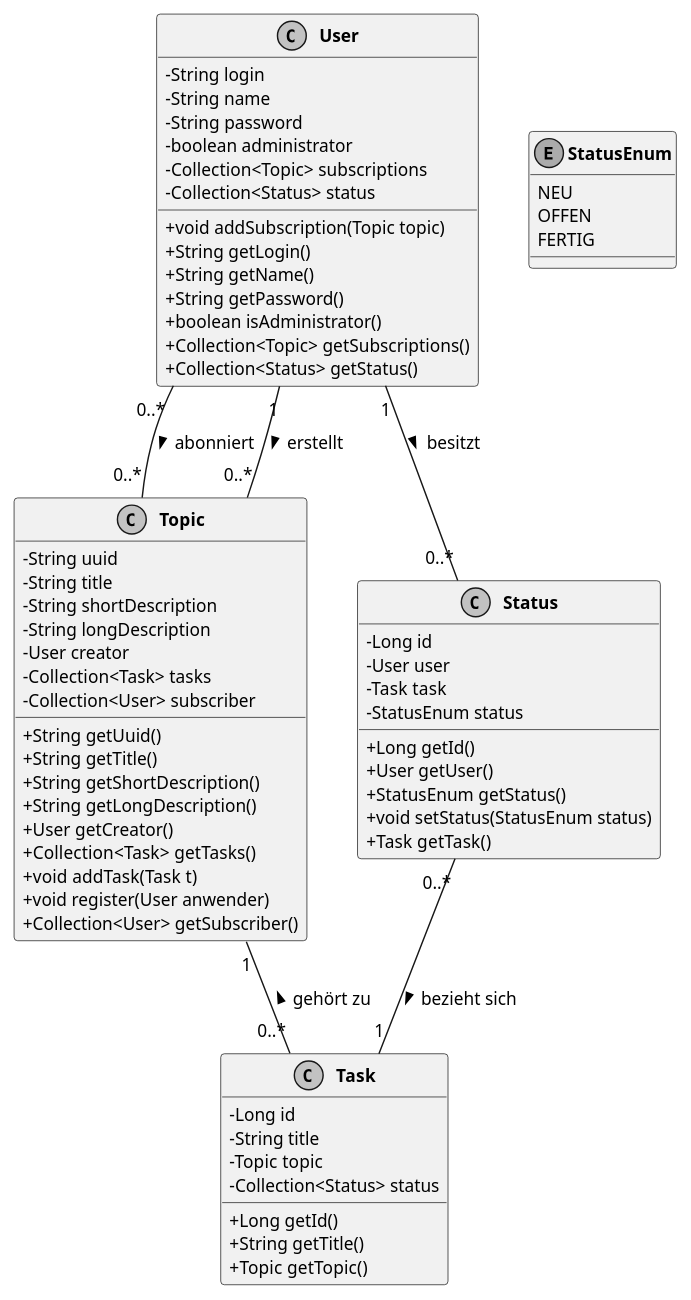
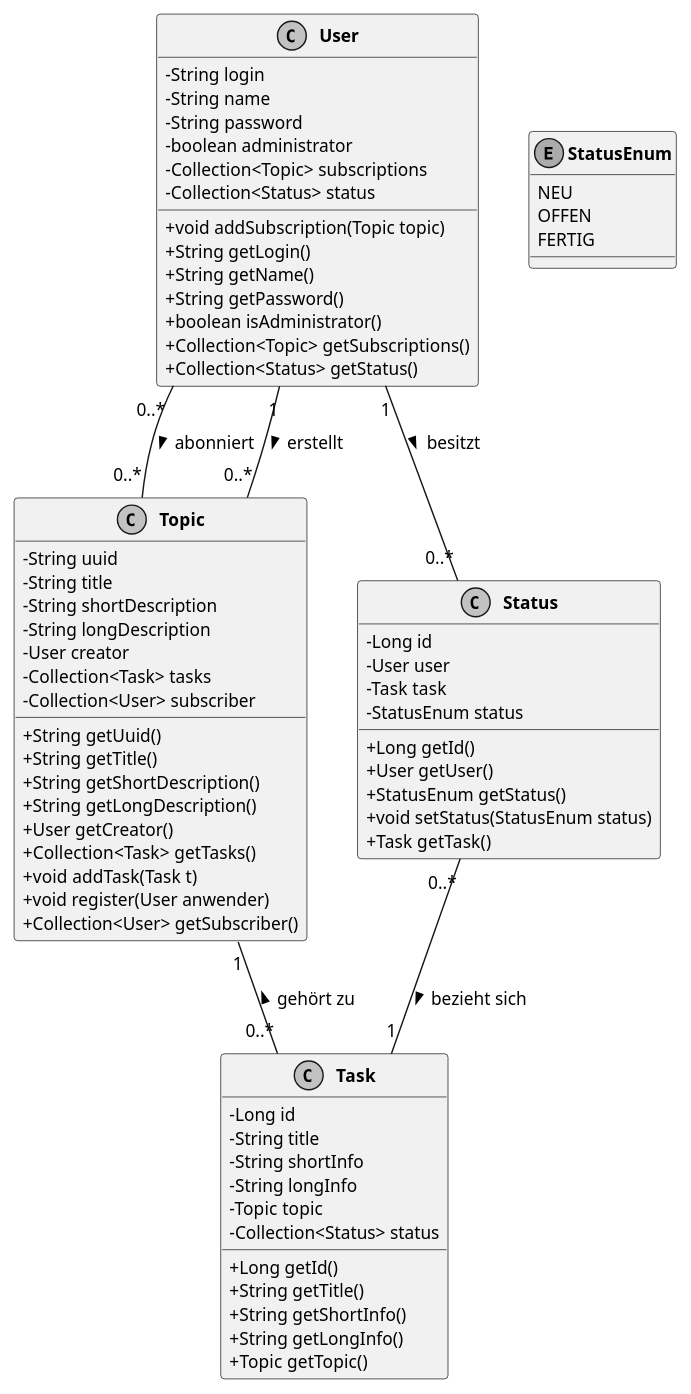
One commit to SimonHirner/agenda20 changed the diagram in doku/Datenmodell.plantuml. Above: the diagram before and after it, drawn with PlantUML. The commit also changed 1 other file, not shown here.

```diff
--- a/doku/Datenmodell.plantuml
+++ b/doku/Datenmodell.plantuml
@@ -1,83 +1,87 @@
 @startuml
 
 ' Layout
 skinparam classAttributeIconSize 0
 skinparam monochrome true
 skinparam shadowing false
 skinparam DefaultFontName arial
 skinparam DefaultFontSize 12
 skinparam ClassFontStyle bold
 hide empty fields
 
 ' Assoziationen
 User "0..*" -- "0..*" Topic : > abonniert
 User "1" -- "0..*" Topic : > erstellt
 User "1" -- "0..*" Status : > besitzt
 Topic "1" -- "0..*" Task : < gehört zu
 Status "0..*" -- "1" Task : > bezieht sich
 
 ' Klassen
 class Status [[java:edu.hm.cs.katz.swt2.agenda.persistence.Status]] {
 	-Long id
 	-User user
 	-Task task
 	-StatusEnum status
 	+Long getId()
 	+User getUser()
 	+StatusEnum getStatus()
 	+void setStatus(StatusEnum status)
 	+Task getTask()
 }
 
 class Task [[java:edu.hm.cs.katz.swt2.agenda.persistence.Task]] {
 	-Long id
 	-String title
+	-String shortInfo
+	-String longInfo
 	-Topic topic
 	-Collection<Status> status
 	+Long getId()
 	+String getTitle()
+	+String getShortInfo()
+	+String getLongInfo()
 	+Topic getTopic()
 }
 
 class User [[java:edu.hm.cs.katz.swt2.agenda.persistence.User]] {
 	-String login
 	-String name
 	-String password
 	-boolean administrator
 	-Collection<Topic> subscriptions
 	-Collection<Status> status
 	+void addSubscription(Topic topic)
 	+String getLogin()
 	+String getName()
 	+String getPassword()
 	+boolean isAdministrator()
 	+Collection<Topic> getSubscriptions()
 	+Collection<Status> getStatus()
 }
 
 class Topic [[java:edu.hm.cs.katz.swt2.agenda.persistence.Topic]] {
 	-String uuid
 	-String title
 	-String shortDescription
 	-String longDescription
 	-User creator
 	-Collection<Task> tasks
 	-Collection<User> subscriber
 	+String getUuid()
 	+String getTitle()
 	+String getShortDescription()
 	+String getLongDescription()
 	+User getCreator()
 	+Collection<Task> getTasks()
 	+void addTask(Task t)
 	+void register(User anwender)
 	+Collection<User> getSubscriber()
 }
 
 enum StatusEnum [[java:edu.hm.cs.katz.swt2.agenda.common.StatusEnum]] {
 	NEU
 	OFFEN
 	FERTIG
 }
 
 @enduml
```
